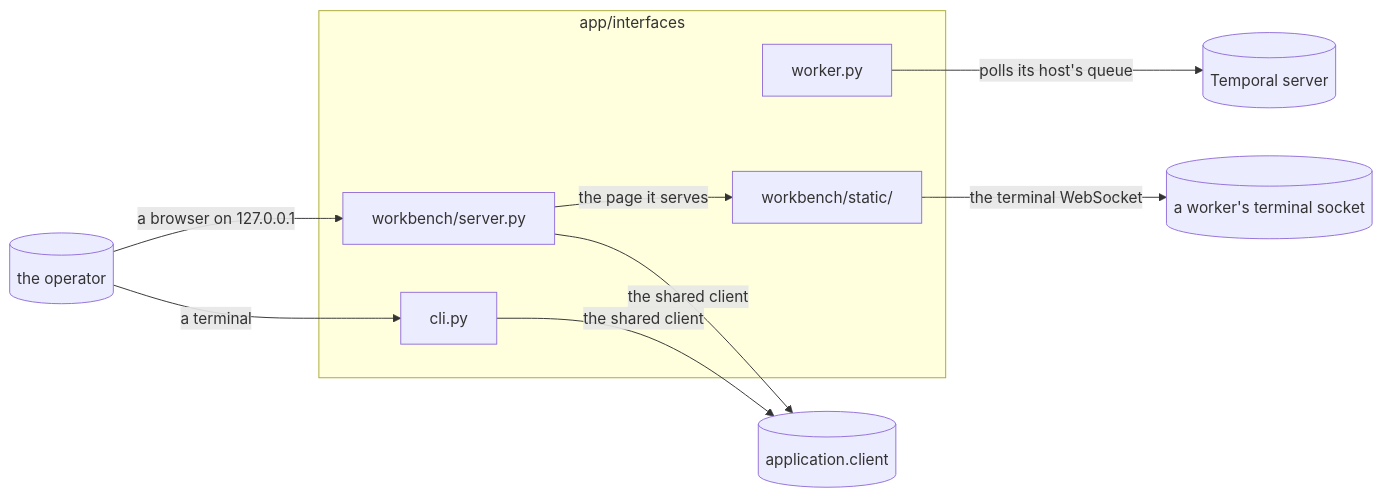
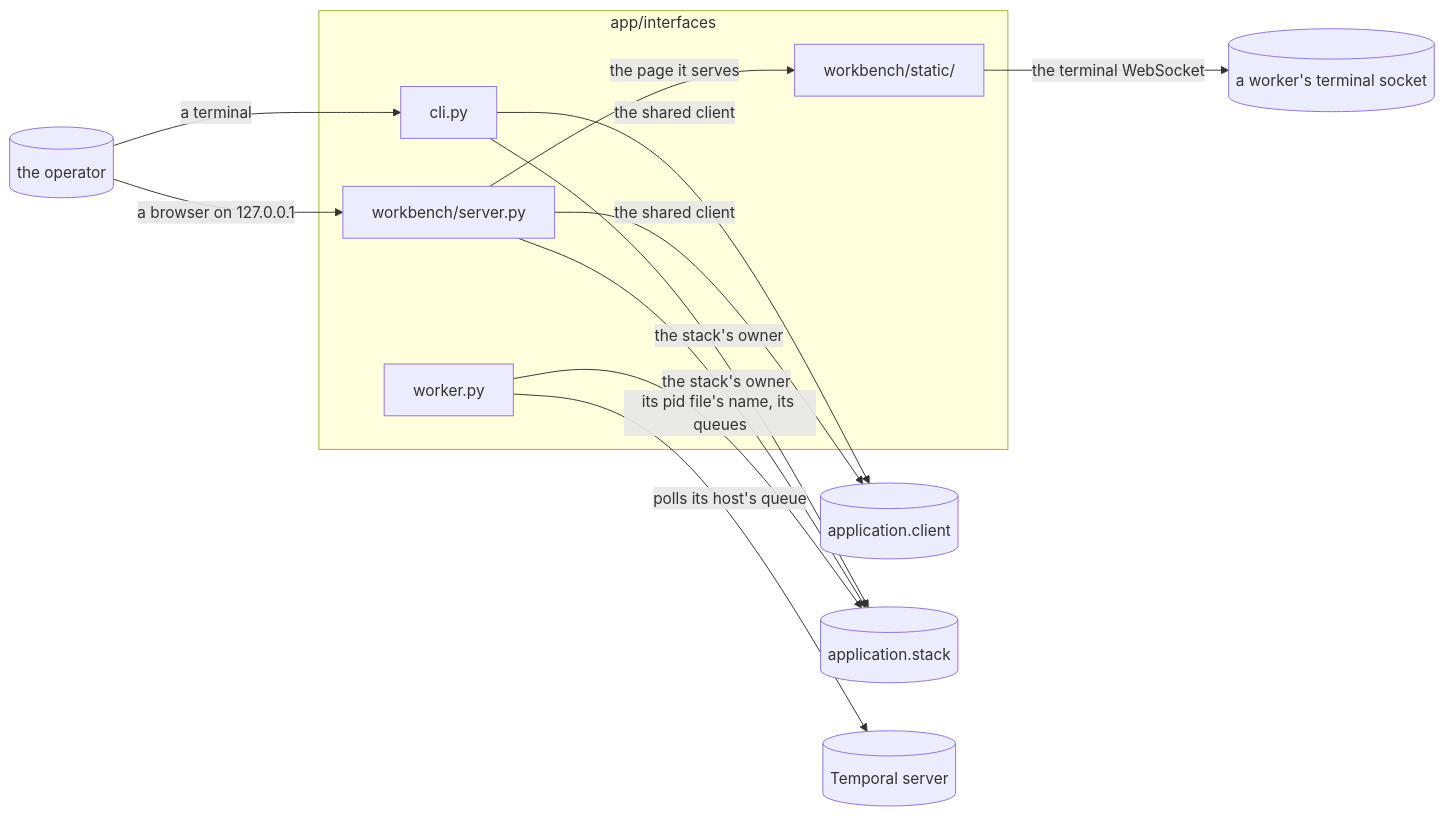
One commit to 6r0m/orchestra changed the diagram in app/interfaces/docs/architecture/diagrams/main.md. Above: the diagram before and after it, drawn with Mermaid. The commit also changed 66 other files, not shown here.

````diff
--- a/app/interfaces/docs/architecture/diagrams/main.md
+++ b/app/interfaces/docs/architecture/diagrams/main.md
@@ -5,20 +5,24 @@
 ```mermaid
 flowchart LR
     subgraph pkg["app/interfaces"]
         cli["cli.py"]
         worker["worker.py"]
         server["workbench/server.py"]
         static["workbench/static/"]
     end
     client_ext[("application.client")]
+    stack_ext[("application.stack")]
     temporal_ext[("Temporal server")]
     socket_ext[("a worker's terminal socket")]
     operator_ext[("the operator")]
     cli -->|"the shared client"| client_ext
     server -->|"the shared client"| client_ext
+    cli -->|"the stack's owner"| stack_ext
+    server -->|"the stack's owner"| stack_ext
+    worker -->|"its pid file's name, its queues"| stack_ext
     server -->|"the page it serves"| static
     worker -->|"polls its host's queue"| temporal_ext
     static -->|"the terminal WebSocket"| socket_ext
     operator_ext -->|"a browser on 127.0.0.1"| server
     operator_ext -->|"a terminal"| cli
 ```
````
